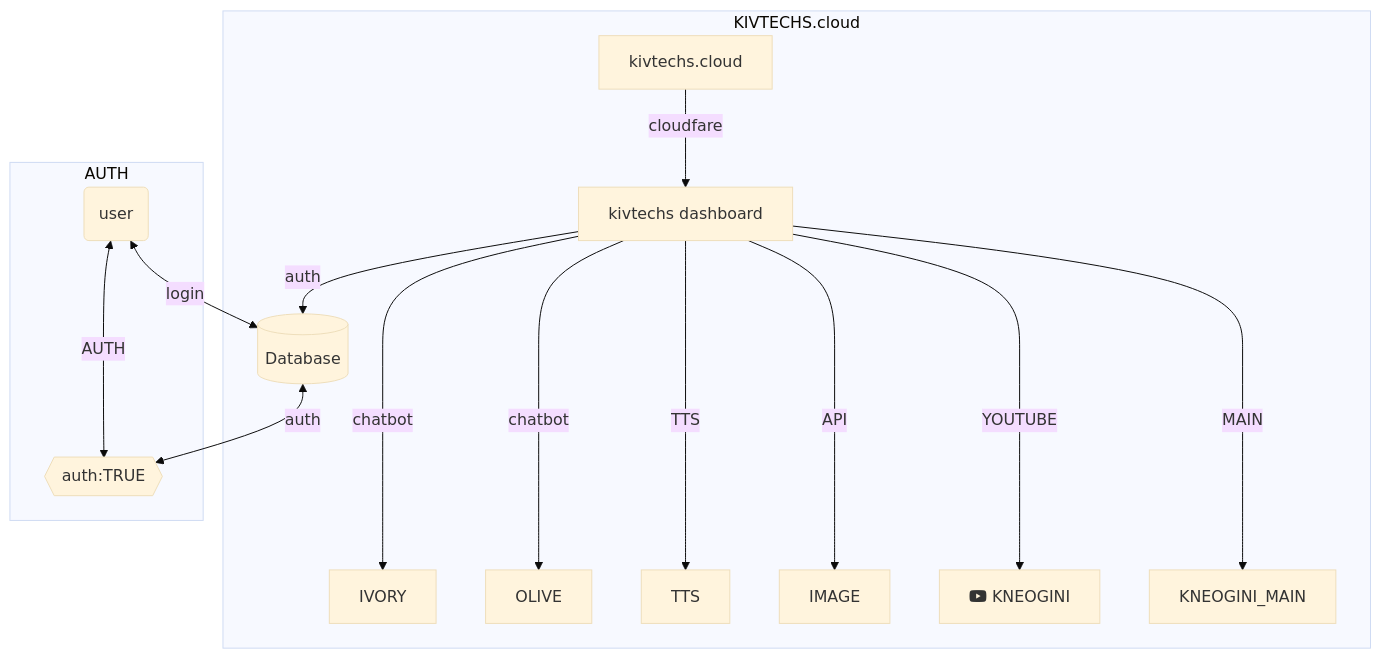
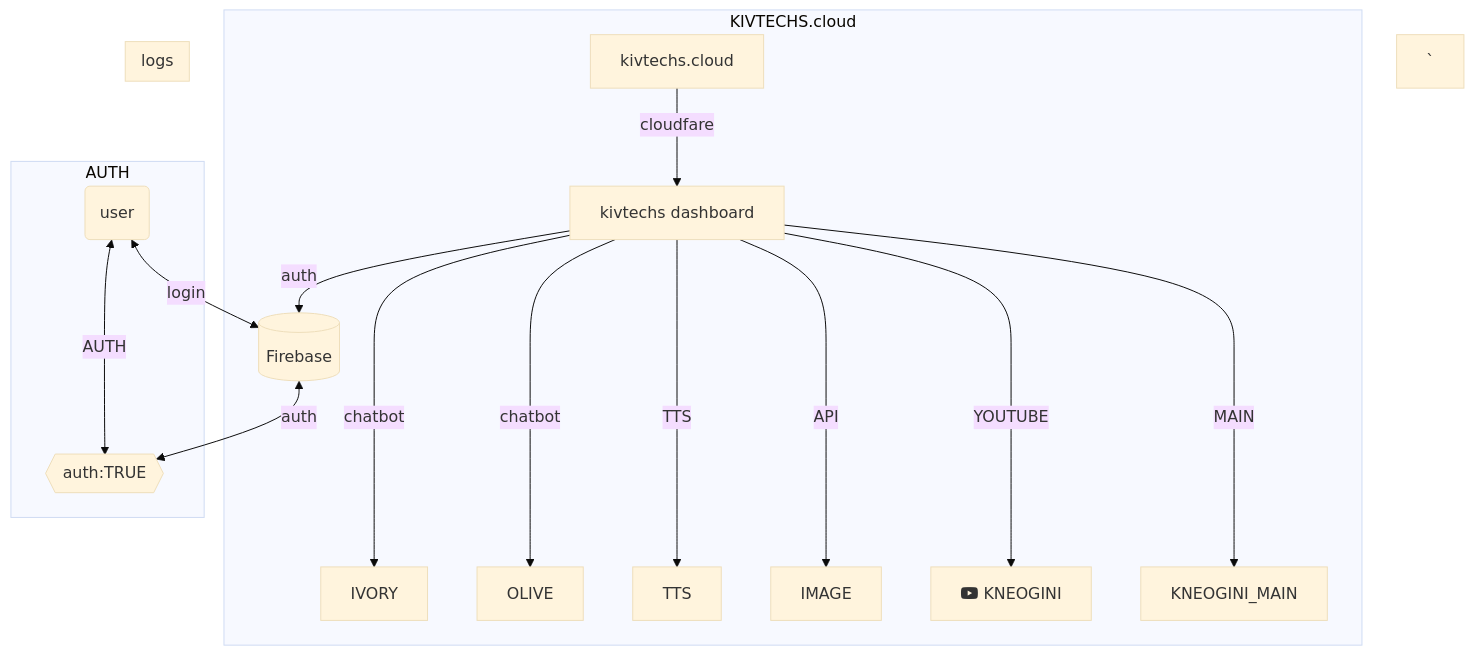
Before and after one commit to kivtechs-uml/kivtechs-uml: the diagram in README.md, drawn with Mermaid (base theme).

````diff
--- a/README.md
+++ b/README.md
@@ -6,24 +6,28 @@
 ```mermaid
 flowchart TD
     subgraph KIVTECHS.cloud
     A[kivtechs.cloud] -->|cloudfare| B(kivtechs dashboard)
     B[kivtechs dashboard] ----> |chatbot| C1[IVORY]
     B[kivtechs dashboard] ----> |chatbot| C2[OLIVE]
     B[kivtechs dashboard] ----> |TTS| H[TTS]
     B[kivtechs dashboard] ----> |API| E[IMAGE]
     B[kivtechs dashboard] ----> |YOUTUBE| I[fab:fa-youtube KNEOGINI]
     B[kivtechs dashboard] ----> |MAIN| G[KNEOGINI_MAIN]
-    B --auth-->D[(Database)]
+    B --auth-->D[(Firebase)]
     end
     subgraph AUTH
-      A1(user) <-- login --> D[(Database)] <-- auth --> U{{ auth:TRUE }}
+      A1(user) <-- login --> D[(Firebase)] <-- auth --> U{{ auth:TRUE }}
      A1  <-- AUTH --> U
      end
+subgraph logs
+ D[(Firebase)]
+end
+`
   
     
 
 
 
 
 
 ```
````
